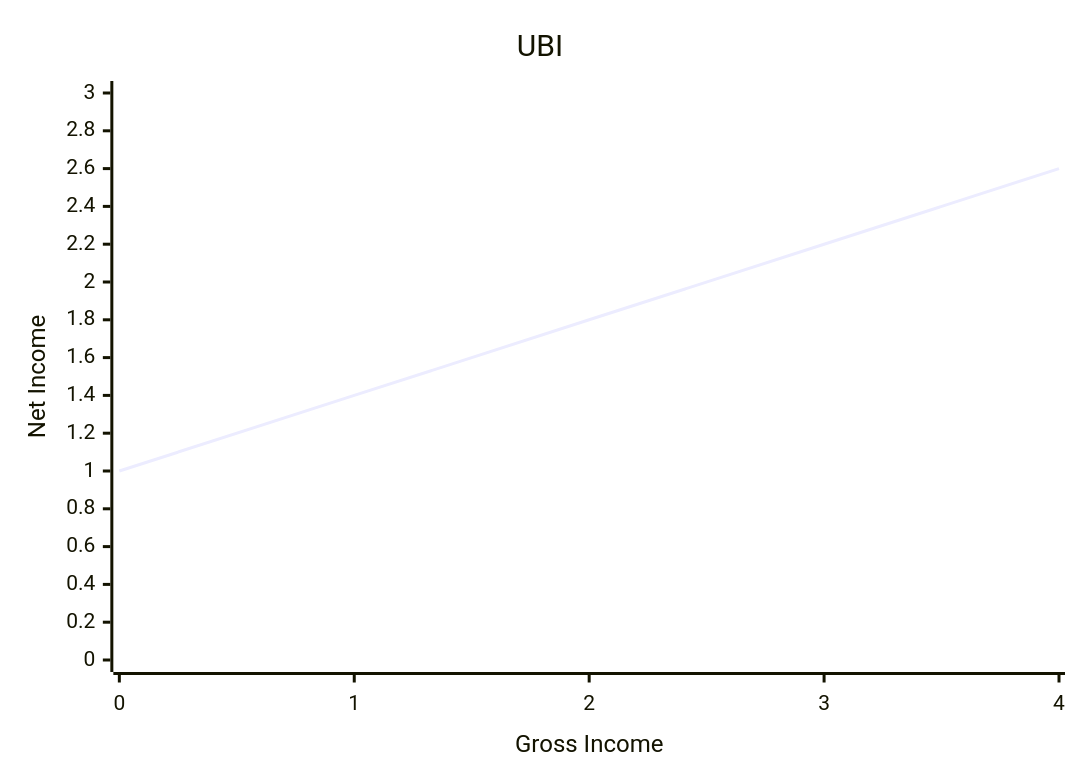
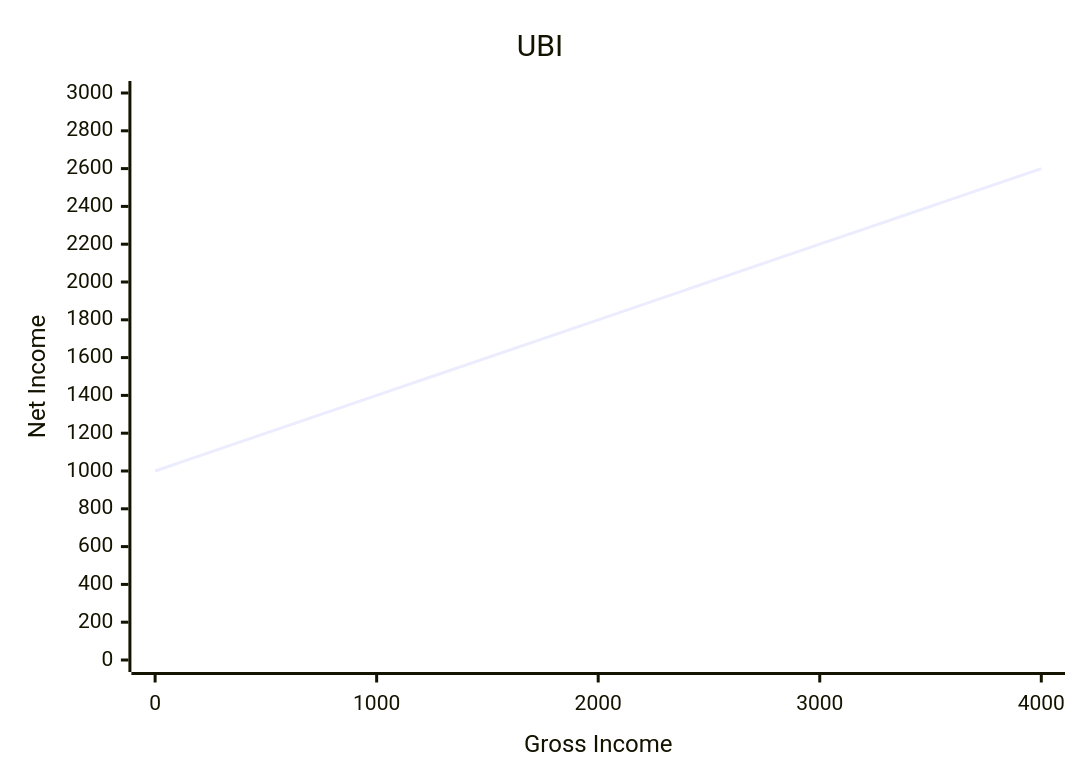
The third of 4 diagrams in notes/economy/justice.md (sergey-shandar/public), drawn with Mermaid before and after one commit. The commit also changed other lines of this file, not shown here.

````diff
--- a/notes/economy/justice.md
+++ b/notes/economy/justice.md
@@ -40,7 +38,7 @@
 ```mermaid
 xychart-beta
     title "UBI"
-    x-axis "Gross Income" [0, 1, 2, 3, 4]
-    y-axis "Net Income" 0 --> 3
-    line [1, 1.4, 1.8, 2.2, 2.6]
+    x-axis "Gross Income" [0, 1000, 2000, 3000, 4000]
+    y-axis "Net Income" 0 --> 3000
+    line [1000, 1400, 1800, 2200, 2600]
 ```
````
